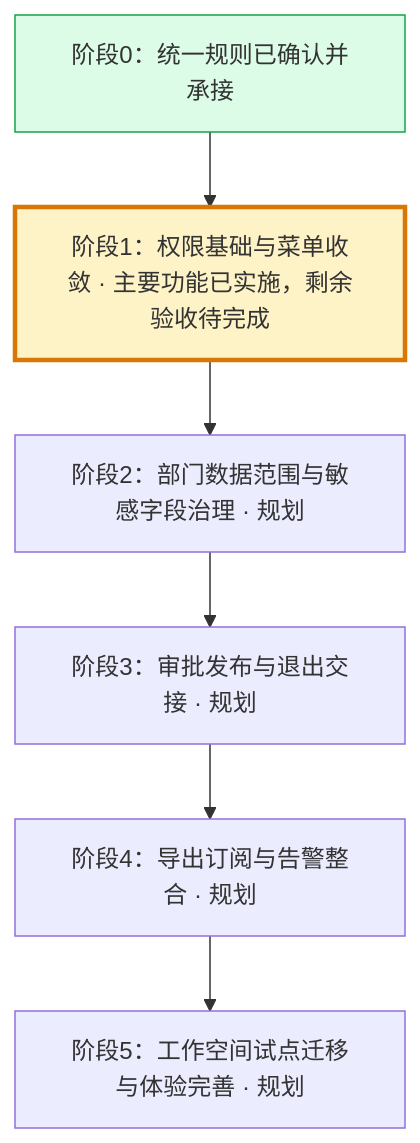
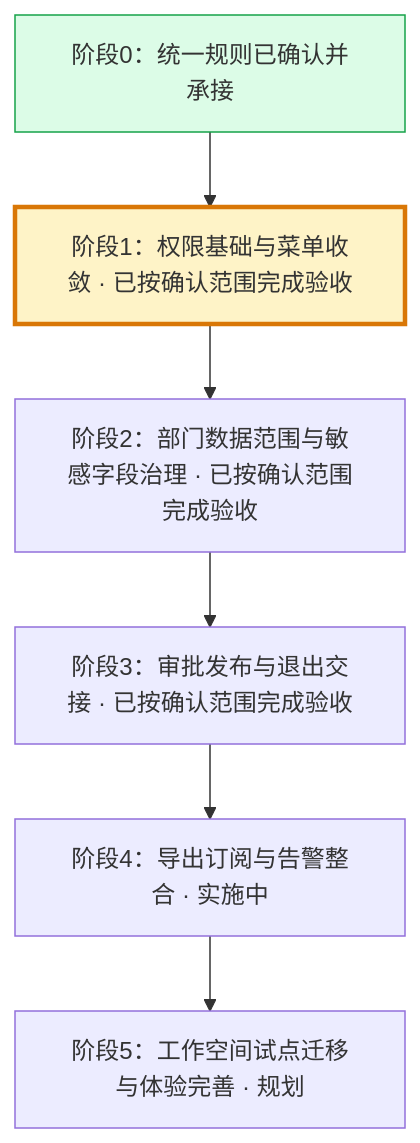
One commit to xielforever/DBHub changed the diagram in docs/项目管控/开发路线图与当前任务.md. Above: the diagram before and after it, drawn with Mermaid. The commit also changed other lines of this file and 761 other files, not shown here.

````diff
--- a/docs/项目管控/开发路线图与当前任务.md
+++ b/docs/项目管控/开发路线图与当前任务.md
@@ -12,12 +636,12 @@
 ```mermaid
 flowchart TD
     A["阶段0：统一规则已确认并承接"]
-    B["阶段1：权限基础与菜单收敛 · 主要功能已实施，剩余验收待完成"]
-    C["阶段2：部门数据范围与敏感字段治理 · 规划"]
-    D["阶段3：审批发布与退出交接 · 规划"]
-    E["阶段4：导出订阅与告警整合 · 规划"]
+    B["阶段1：权限基础与菜单收敛 · 已按确认范围完成验收"]
+    C["阶段2：部门数据范围与敏感字段治理 · 已按确认范围完成验收"]
+    D["阶段3：审批发布与退出交接 · 已按确认范围完成验收"]
+    E["阶段4：导出订阅与告警整合 · 实施中"]
     F["阶段5：工作空间试点迁移与体验完善 · 规划"]
     A --> B --> C --> D --> E --> F
     style A fill:#dcfce7,stroke:#16a34a
     style B fill:#fef3c7,stroke:#d97706,stroke-width:3px
 ```
````
